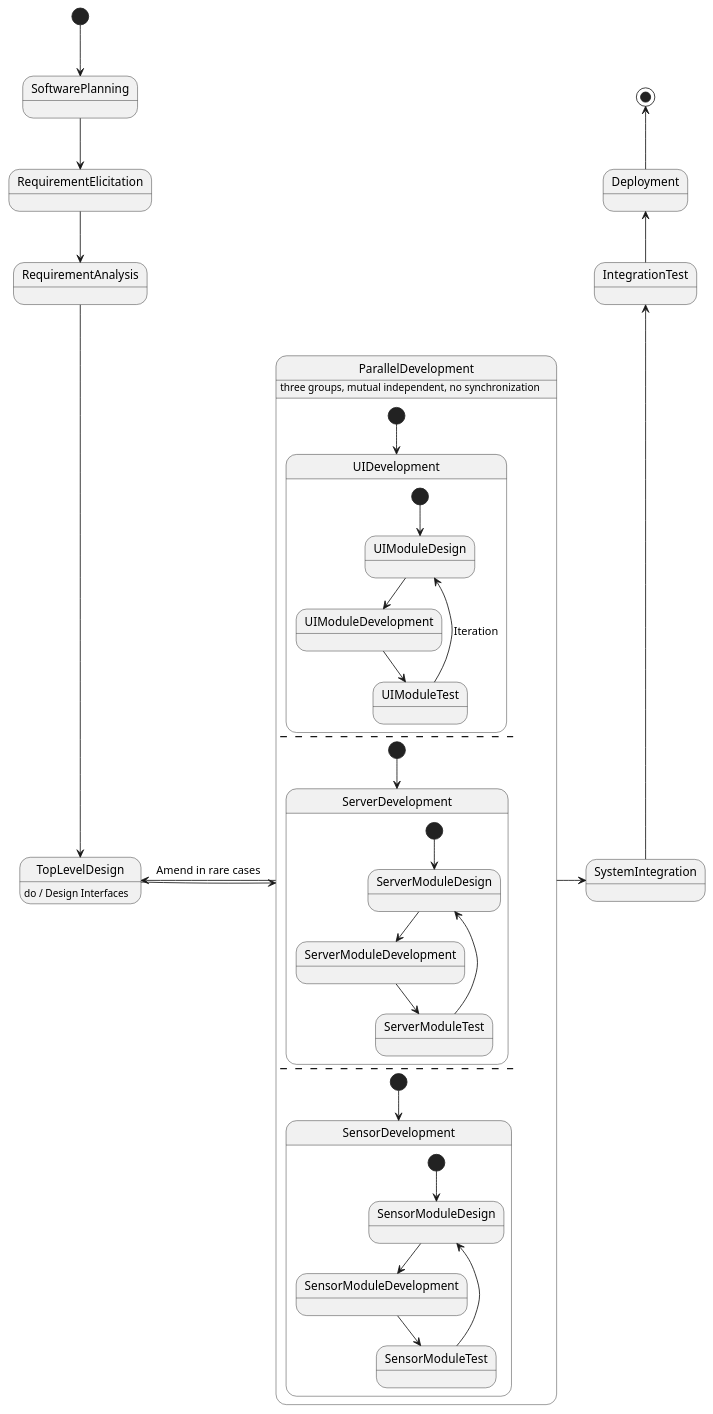
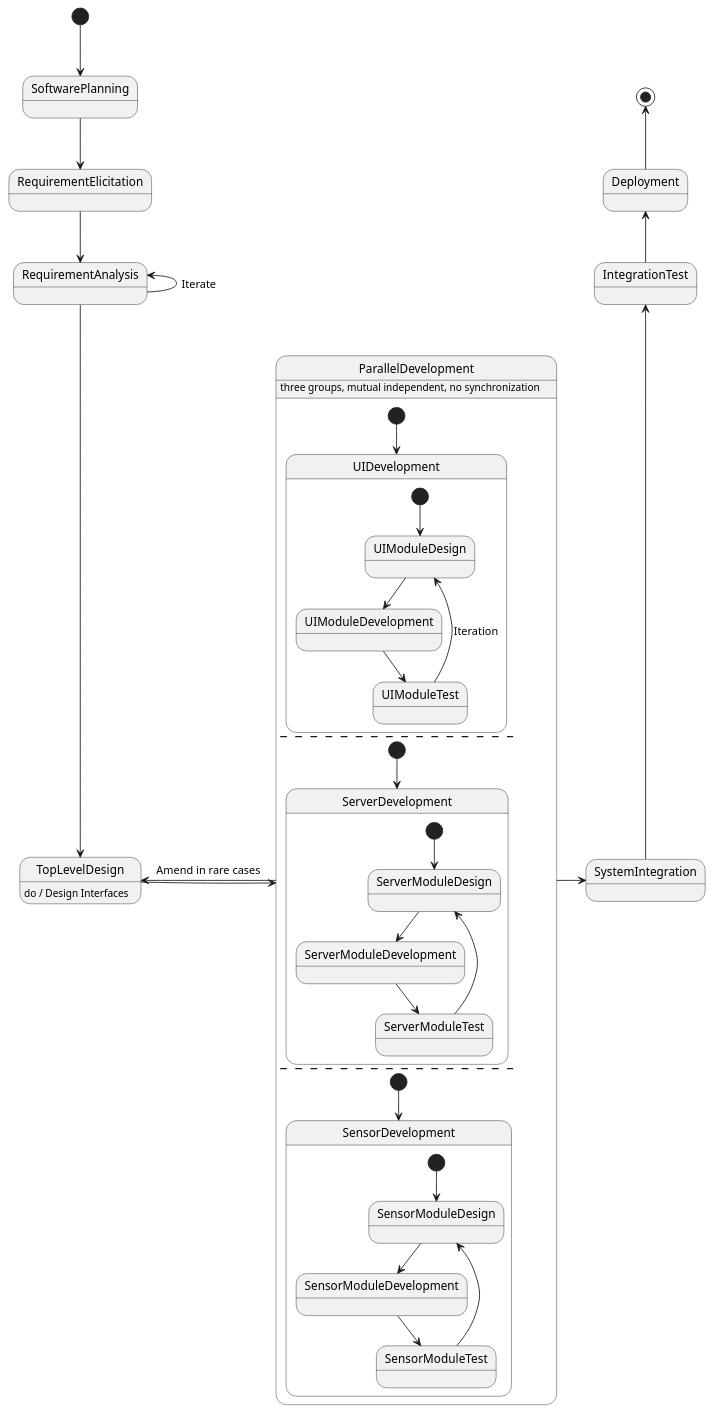
One commit to kpp19920121/doc changed the diagram in 计划/软件计划.md. Above: the diagram before and after it, drawn with PlantUML.

````diff
--- a/计划/软件计划.md
+++ b/计划/软件计划.md
@@ -108,41 +108,42 @@
     ```PlantUML
     @startuml
     [*] -down-> SoftwarePlanning
     SoftwarePlanning -down-> RequirementElicitation
     RequirementElicitation -down-> RequirementAnalysis
+    RequirementAnalysis -up-> RequirementAnalysis : Iterate
     RequirementAnalysis -down-> TopLevelDesign
     TopLevelDesign : do / Design Interfaces
     TopLevelDesign -right-> ParallelDevelopment
     ParallelDevelopment -left-> TopLevelDesign : Amend in rare cases
     state ParallelDevelopment {
         state UIDevelopment {
             [*] --> UIModuleDesign
             UIModuleDesign --> UIModuleDevelopment
             UIModuleDevelopment --> UIModuleTest
             UIModuleTest --> UIModuleDesign : Iteration
         }
         [*] --> UIDevelopment
         --
         state ServerDevelopment {
             [*] --> ServerModuleDesign
             ServerModuleDesign --> ServerModuleDevelopment
             ServerModuleDevelopment --> ServerModuleTest
             ServerModuleTest --> ServerModuleDesign
         }
         [*] --> ServerDevelopment
         --
         state SensorDevelopment {
             [*] --> SensorModuleDesign
             SensorModuleDesign --> SensorModuleDevelopment
             SensorModuleDevelopment --> SensorModuleTest
             SensorModuleTest --> SensorModuleDesign
         }
         [*] --> SensorDevelopment
     }
     ParallelDevelopment : three groups, mutual independent, no synchronization
     ParallelDevelopment -right-> SystemIntegration
     SystemIntegration -up-> IntegrationTest
     IntegrationTest -up-> Deployment
     Deployment -up-> [*]
     @enduml
     ```
````
